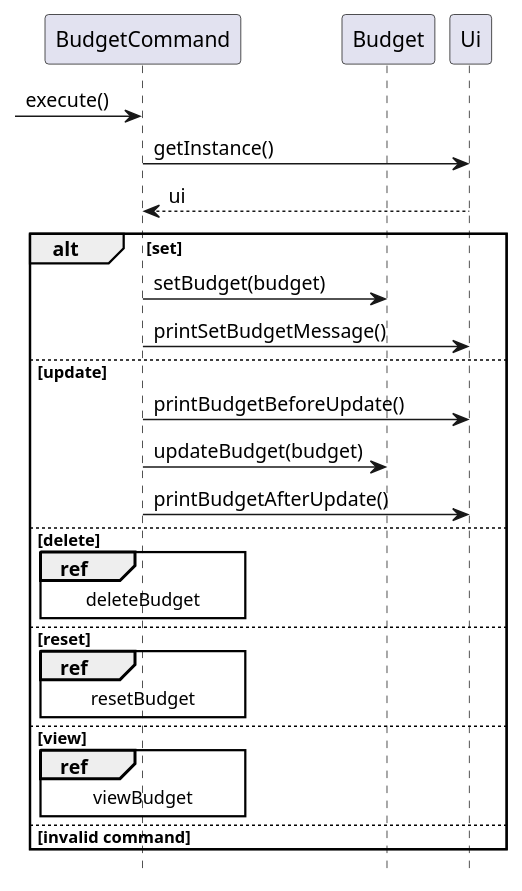
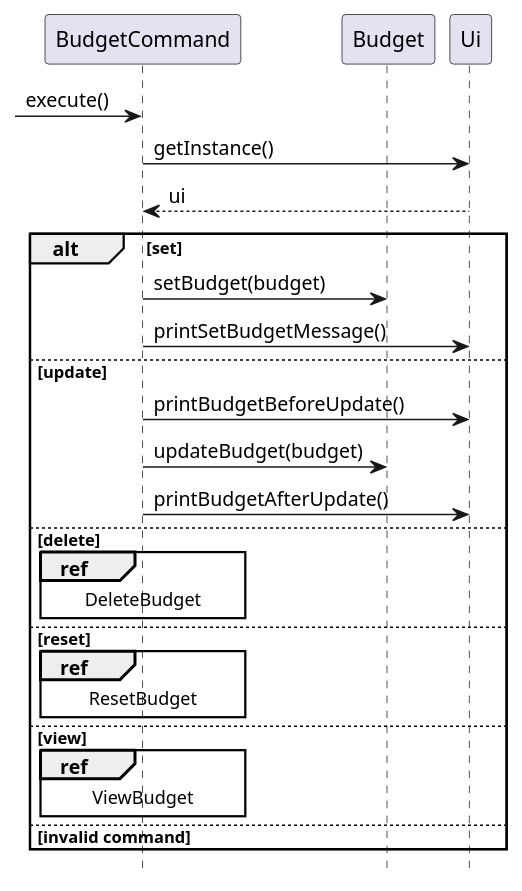
The diagram in docs/diagrams/Budget.puml (nus-cs2113-AY2324S1/tp), drawn with PlantUML before and after one commit. The commit also changed 8 other files, not shown here.

Commit message:
Change names in diagram

```diff
--- a/docs/diagrams/Budget.puml
+++ b/docs/diagrams/Budget.puml
@@ -1,28 +1,28 @@
 @startuml
 
 participant BudgetCommand
 participant Budget
 participant Ui
 
 -> BudgetCommand: execute()
 BudgetCommand -> Ui: getInstance()
 return ui
 
 alt set
     BudgetCommand -> Budget: setBudget(budget)
     BudgetCommand -> Ui: printSetBudgetMessage()
 else update
     BudgetCommand -> Ui: printBudgetBeforeUpdate()
     BudgetCommand -> Budget: updateBudget(budget)
     BudgetCommand -> Ui: printBudgetAfterUpdate()
 else delete
-    ref over BudgetCommand: deleteBudget
+    ref over BudgetCommand: DeleteBudget
 else reset
-    ref over BudgetCommand: resetBudget
+    ref over BudgetCommand: ResetBudget
 else view
-    ref over BudgetCommand: viewBudget
+    ref over BudgetCommand: ViewBudget
 else invalid command
 end
 
 hide footbox
 @enduml
```
